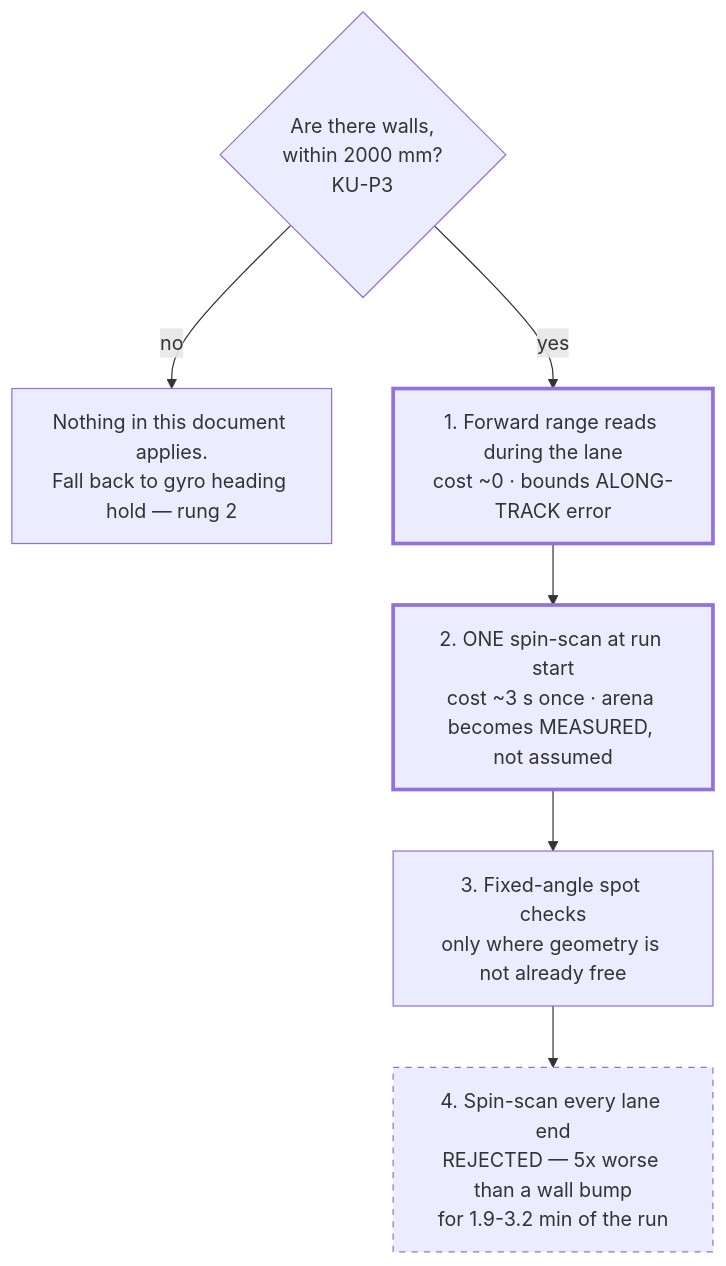
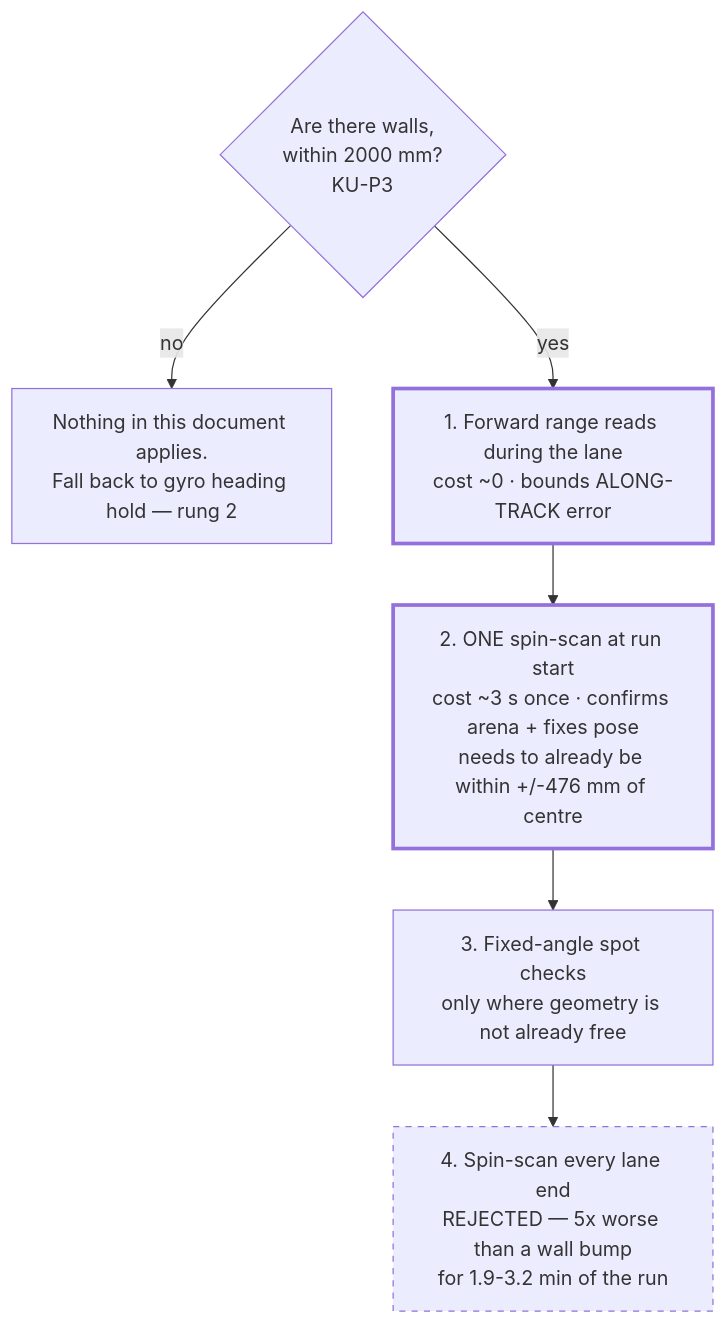
One commit to erauredeyesociety/sys301_minesweeper changed the second of 2 diagrams in docs/research/spin-scan-localization.md. Above: the diagram before and after it, drawn with Mermaid. The commit also changed other lines of this file and 55 other files, not shown here.

````diff
--- a/docs/research/spin-scan-localization.md
+++ b/docs/research/spin-scan-localization.md
@@ -462,13 +543,13 @@
 ```mermaid
 flowchart TD
     Q{"Are there walls,<br/>within 2000 mm?<br/>KU-P3"}
     Q -->|no| NONE["Nothing in this document applies.<br/>Fall back to gyro heading hold — rung 2"]
     Q -->|yes| K1["1. Forward range reads during the lane<br/>cost ~0 · bounds ALONG-TRACK error"]
-    K1 --> K2["2. ONE spin-scan at run start<br/>cost ~3 s once · arena becomes MEASURED, not assumed"]
+    K1 --> K2["2. ONE spin-scan at run start<br/>cost ~3 s once · confirms arena + fixes pose<br/>needs to already be within +/-476 mm of centre"]
     K2 --> K3["3. Fixed-angle spot checks<br/>only where geometry is not already free"]
     K3 --> K4["4. Spin-scan every lane end<br/>REJECTED — 5x worse than a wall bump<br/>for 1.9-3.2 min of the run"]
     classDef take stroke-width:3px
     classDef drop stroke-dasharray: 5 5
     class K1,K2 take
     class K4 drop
 ```
````
